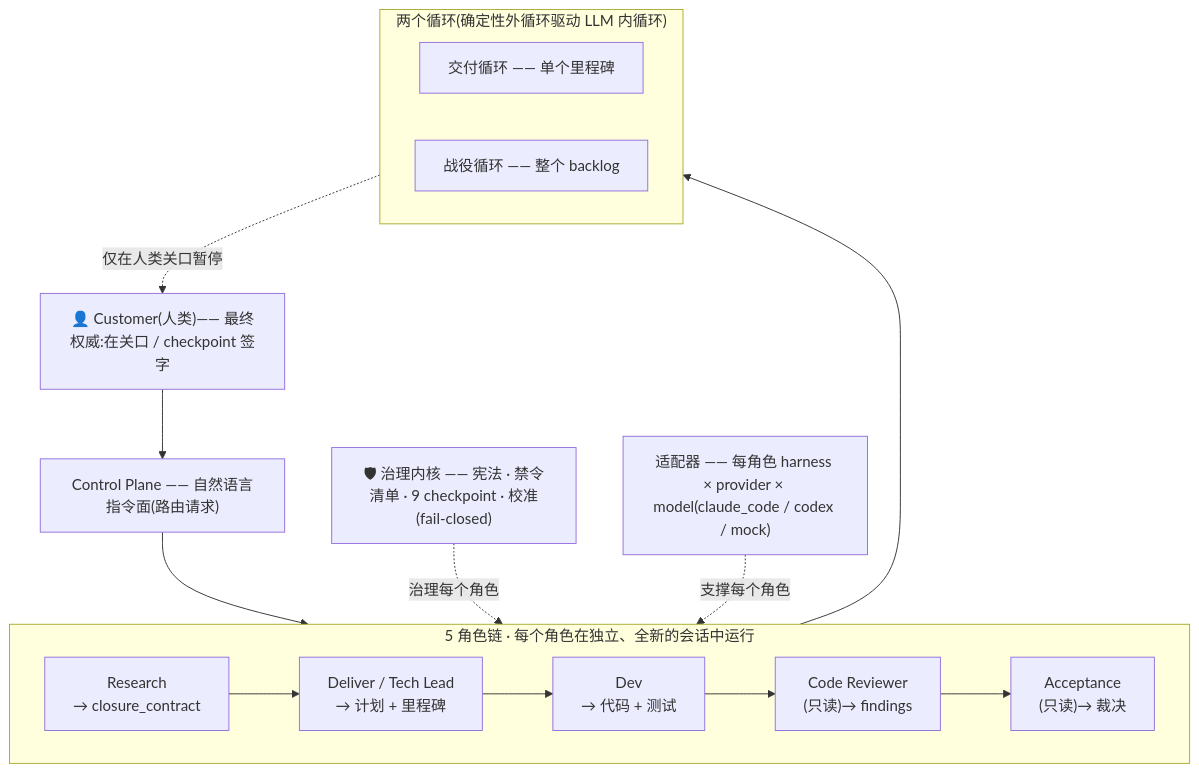
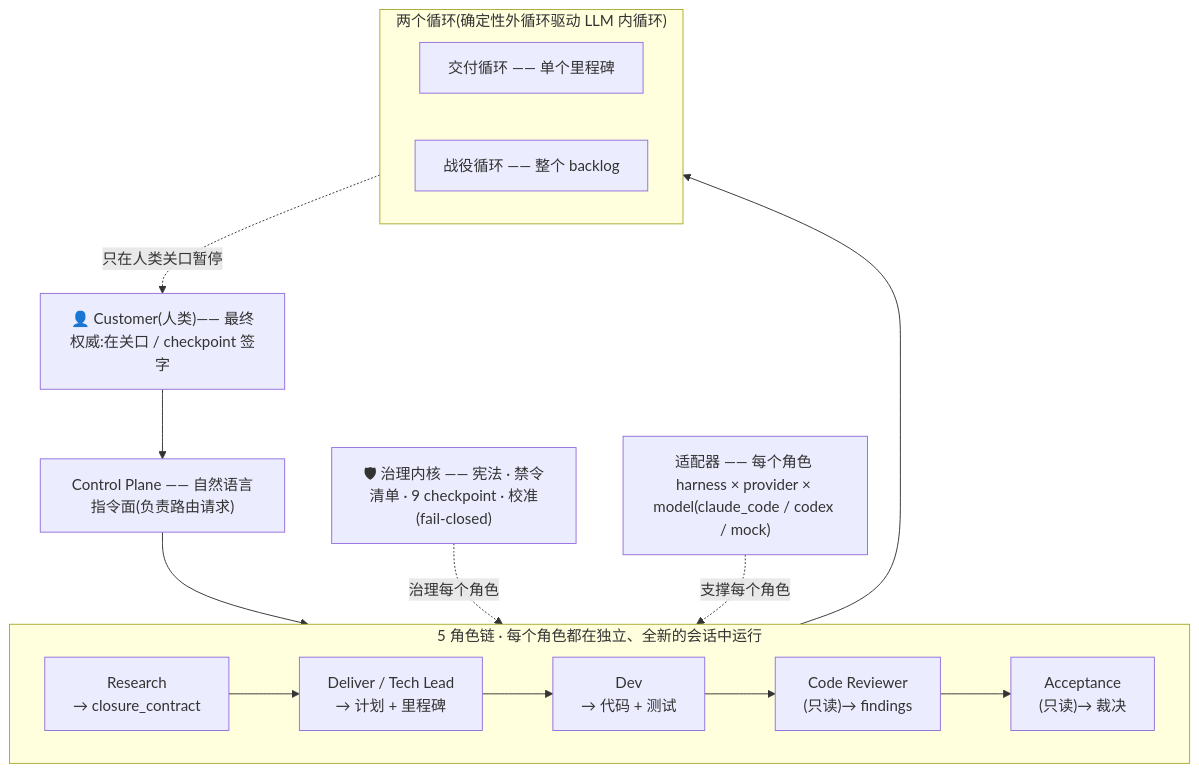
One commit to caoruixin/aidazi changed the first of 3 diagrams in README.zh-CN.md. Above: the diagram before and after it, drawn with Mermaid. The commit also changed other lines of this file and 1 other file, not shown here.

````diff
--- a/README.zh-CN.md
+++ b/README.zh-CN.md
@@ -49,21 +49,21 @@
 ```mermaid
 flowchart TB
     H["👤 Customer(人类)—— 最终权威:在关口 / checkpoint 签字"]
-    CP["Control Plane —— 自然语言指令面(路由请求)"]
-    subgraph CHAIN["5 角色链 · 每个角色在独立、全新的会话中运行"]
+    CP["Control Plane —— 自然语言指令面(负责路由请求)"]
+    subgraph CHAIN["5 角色链 · 每个角色都在独立、全新的会话中运行"]
       direction LR
       R["Research<br/>→ closure_contract"] --> D["Deliver / Tech Lead<br/>→ 计划 + 里程碑"] --> DV["Dev<br/>→ 代码 + 测试"] --> CR["Code Reviewer<br/>(只读)→ findings"] --> A["Acceptance<br/>(只读)→ 裁决"]
     end
     subgraph LOOPS["两个循环(确定性外循环驱动 LLM 内循环)"]
       direction LR
       DL["交付循环 —— 单个里程碑"]
       CL["战役循环 —— 整个 backlog"]
     end
     GOV["🛡 治理内核 —— 宪法 · 禁令清单 · 9 checkpoint · 校准(fail-closed)"]
-    ADP["适配器 —— 每角色 harness × provider × model(claude_code / codex / mock)"]
+    ADP["适配器 —— 每个角色 harness × provider × model(claude_code / codex / mock)"]
     H --> CP --> CHAIN
     CHAIN --> LOOPS
     GOV -. 治理每个角色 .-> CHAIN
     ADP -. 支撑每个角色 .-> CHAIN
-    LOOPS -. 仅在人类关口暂停 .-> H
+    LOOPS -. 只在人类关口暂停 .-> H
 ```
````
